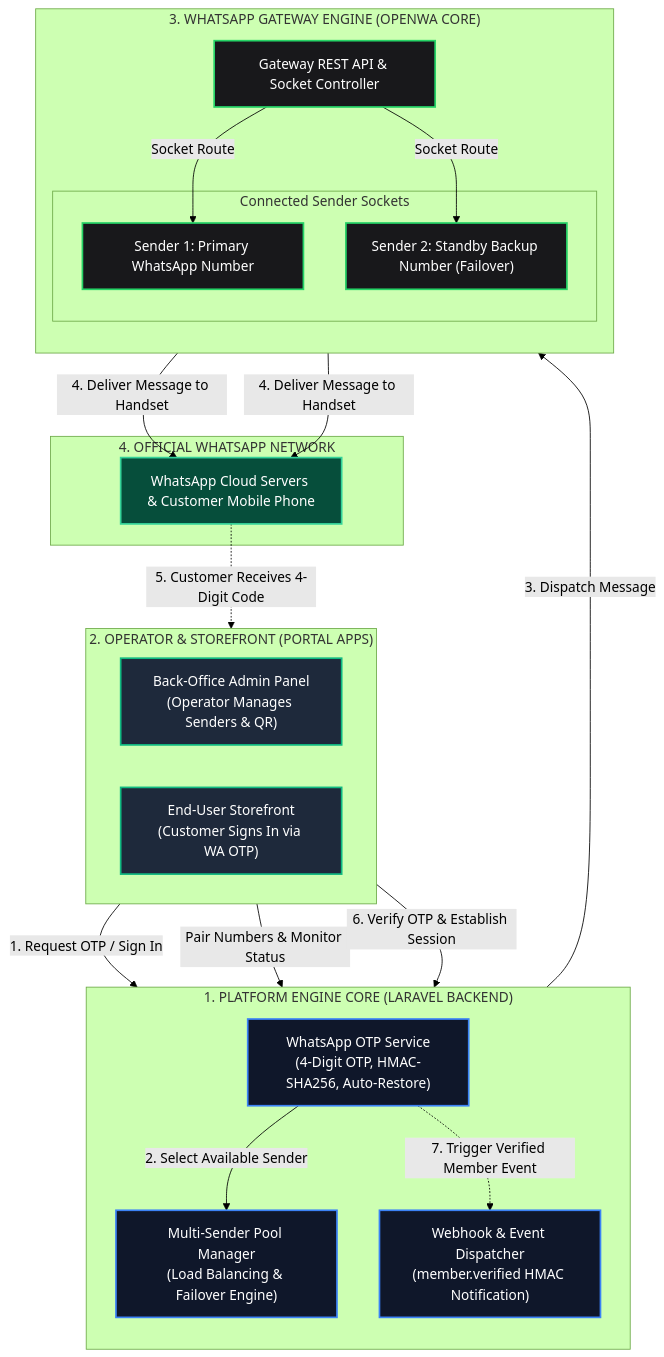
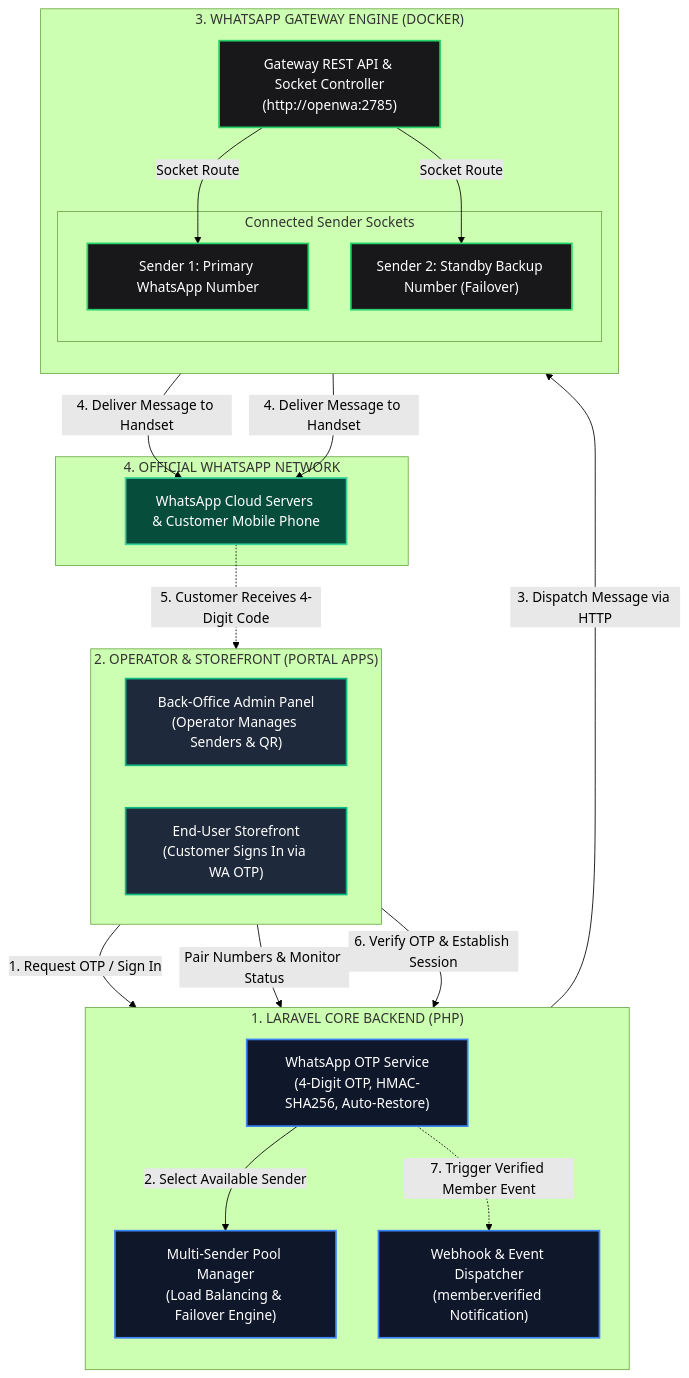
The first of 4 diagrams in README.md (billi-panca-wijaya/wa-gateway), drawn with Mermaid (forest theme) before and after one commit. The commit also changed other lines of this file and 1904 other files, not shown here.

Commit message:
refactor: clean up repository into a pure Laravel integration package with zero-config Docker engine

````diff
--- a/README.md
+++ b/README.md
@@ -38,44 +35,44 @@
 ```mermaid
 flowchart TD
     classDef platform fill:#0f172a,stroke:#3b82f6,stroke-width:2px,color:#fff;
     classDef operator fill:#1e293b,stroke:#10b981,stroke-width:2px,color:#fff;
     classDef gateway fill:#18181b,stroke:#25d366,stroke-width:2px,color:#fff;
     classDef enduser fill:#064e3b,stroke:#34d399,stroke-width:2px,color:#fff;
 
-    subgraph PLATFORM_LAYER ["1. PLATFORM ENGINE CORE (LARAVEL BACKEND)"]
+    subgraph PLATFORM_LAYER ["1. LARAVEL CORE BACKEND (PHP)"]
         direction TB
         B1["WhatsApp OTP Service<br/>(4-Digit OTP, HMAC-SHA256, Auto-Restore)"]:::platform
         B2["Multi-Sender Pool Manager<br/>(Load Balancing & Failover Engine)"]:::platform
-        B3["Webhook & Event Dispatcher<br/>(member.verified HMAC Notification)"]:::platform
+        B3["Webhook & Event Dispatcher<br/>(member.verified Notification)"]:::platform
     end
 
     subgraph OPERATOR_LAYER ["2. OPERATOR & STOREFRONT (PORTAL APPS)"]
         direction LR
         O1["Back-Office Admin Panel<br/>(Operator Manages Senders & QR)"]:::operator
         O2["End-User Storefront<br/>(Customer Signs In via WA OTP)"]:::operator
     end
 
-    subgraph GATEWAY_LAYER ["3. WHATSAPP GATEWAY ENGINE (OPENWA CORE)"]
+    subgraph GATEWAY_LAYER ["3. WHATSAPP GATEWAY ENGINE (DOCKER)"]
         direction TB
-        G1["Gateway REST API & Socket Controller"]:::gateway
+        G1["Gateway REST API & Socket Controller<br/>(http://openwa:2785)"]:::gateway
         subgraph ACTIVE_POOL ["Connected Sender Sockets"]
             S1["Sender 1: Primary WhatsApp Number"]:::gateway
             S2["Sender 2: Standby Backup Number (Failover)"]:::gateway
         end
     end
 
     subgraph WA_NETWORK ["4. OFFICIAL WHATSAPP NETWORK"]
         W1["WhatsApp Cloud Servers & Customer Mobile Phone"]:::enduser
     end
 
     %% Flow interactions
     O2 -->|"1. Request OTP / Sign In"| B1
     O1 -->|"Pair Numbers & Monitor Status"| B2
     B1 -->|"2. Select Available Sender"| B2
-    B2 -->|"3. Dispatch Message"| G1
+    B2 -->|"3. Dispatch Message via HTTP"| G1
     G1 -->|"Socket Route"| S1 & S2
     S1 & S2 -->|"4. Deliver Message to Handset"| W1
     W1 -.->|"5. Customer Receives 4-Digit Code"| O2
     O2 -->|"6. Verify OTP & Establish Session"| B1
     B1 -.->|"7. Trigger Verified Member Event"| B3
 ```
````
